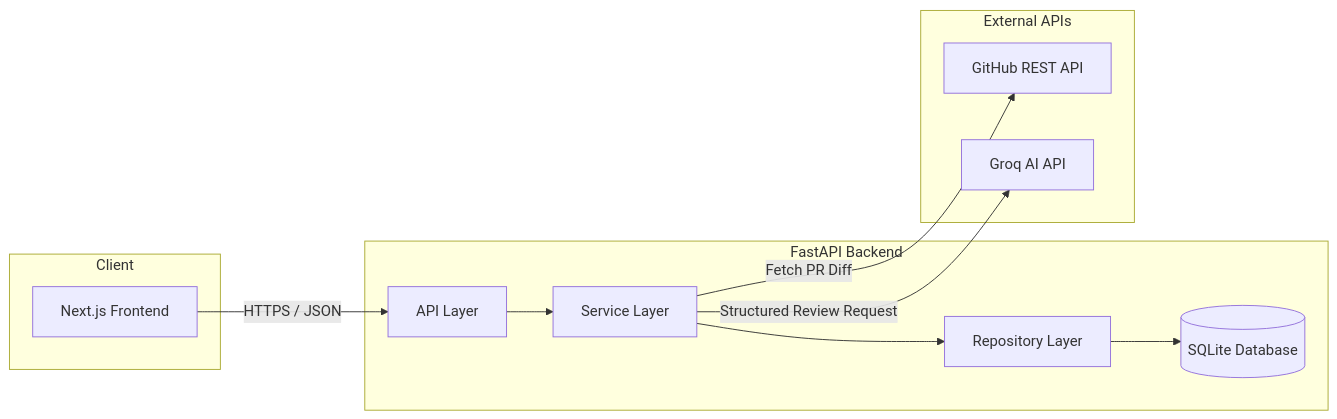
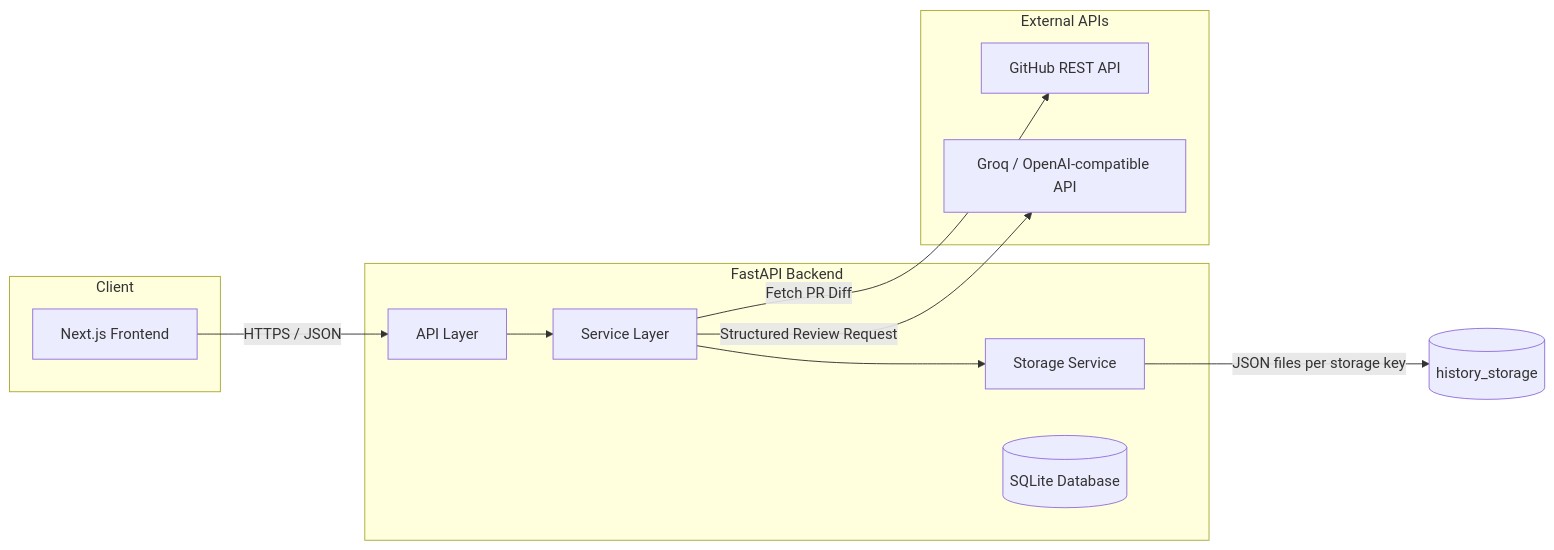
The first of 3 diagrams in docs/ARCHITECTURE.md (vkprince6/AI-PR-Review-System), drawn with Mermaid before and after one commit. The commit also changed other lines of this file and 9 other files, not shown here.

````diff
--- a/docs/ARCHITECTURE.md
+++ b/docs/ARCHITECTURE.md
@@ -5,25 +5,25 @@
 ```mermaid
 flowchart LR
     subgraph Client
         UI[Next.js Frontend]
     end
 
     subgraph Backend["FastAPI Backend"]
         API[API Layer]
         SVC[Service Layer]
-        REPO[Repository Layer]
+        STORE[Storage Service]
         DB[(SQLite Database)]
     end
 
     subgraph External["External APIs"]
         GH[GitHub REST API]
-        GROQ[Groq AI API]
+        GROQ[Groq / OpenAI-compatible API]
     end
 
     UI -->|HTTPS / JSON| API
     API --> SVC
-    SVC --> REPO
-    REPO --> DB
+    SVC --> STORE
     SVC -->|Fetch PR Diff| GH
     SVC -->|Structured Review Request| GROQ
+    STORE -->|JSON files per storage key| FS[(history_storage)]
 ```
````
